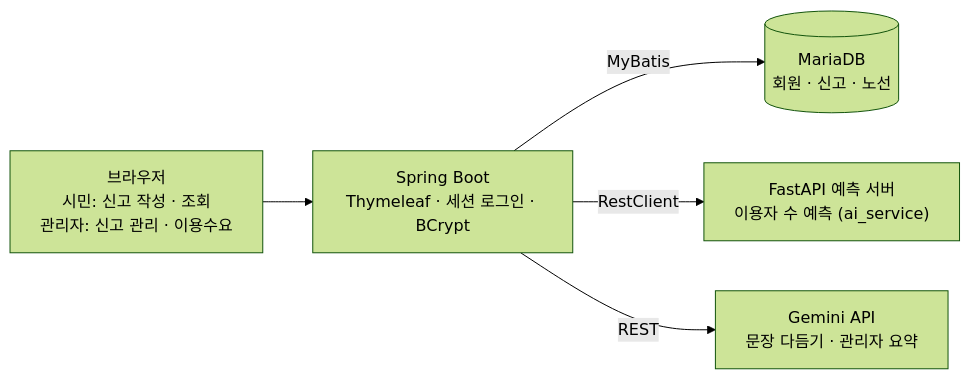
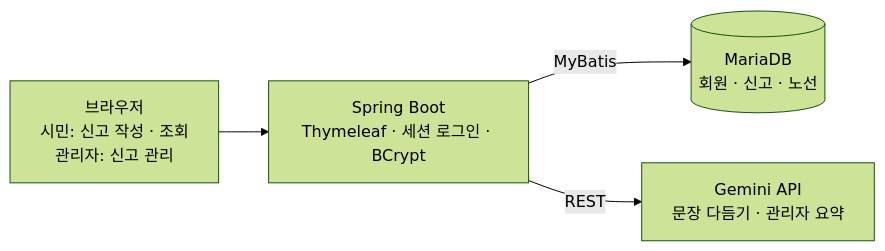
One commit to jinho333/project3 changed the diagram in README.md. Above: the diagram before and after it, drawn with Mermaid (forest theme). The commit also changed other lines of this file, not shown here.

````diff
--- a/README.md
+++ b/README.md
@@ -25,7 +25,6 @@
 ```mermaid
 flowchart LR
-  B["브라우저<br/>시민: 신고 작성 · 조회<br/>관리자: 신고 관리 · 이용수요"] --> S["Spring Boot<br/>Thymeleaf · 세션 로그인 · BCrypt"]
+  B["브라우저<br/>시민: 신고 작성 · 조회<br/>관리자: 신고 관리"] --> S["Spring Boot<br/>Thymeleaf · 세션 로그인 · BCrypt"]
   S -->|MyBatis| D[("MariaDB<br/>회원 · 신고 · 노선")]
-  S -->|RestClient| F["FastAPI 예측 서버<br/>이용자 수 예측 (ai_service)"]
   S -->|REST| G["Gemini API<br/>문장 다듬기 · 관리자 요약"]
 ```
````
